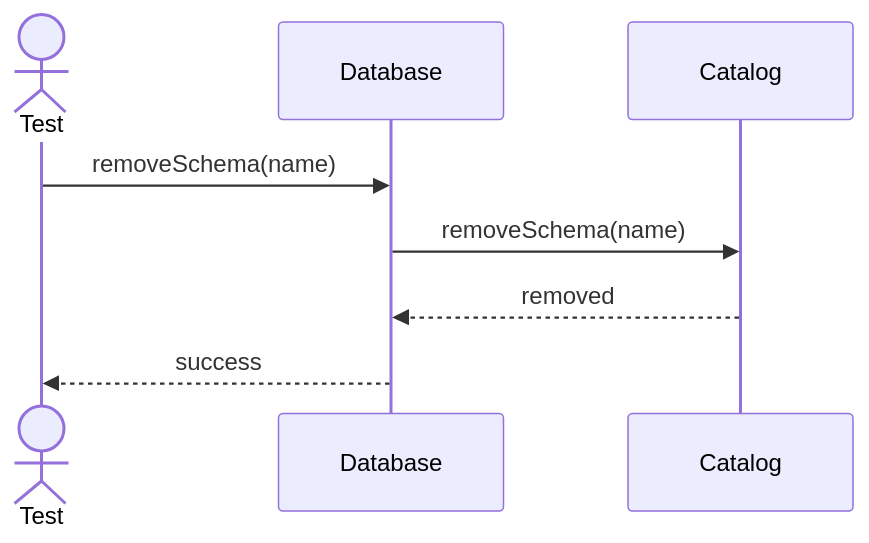
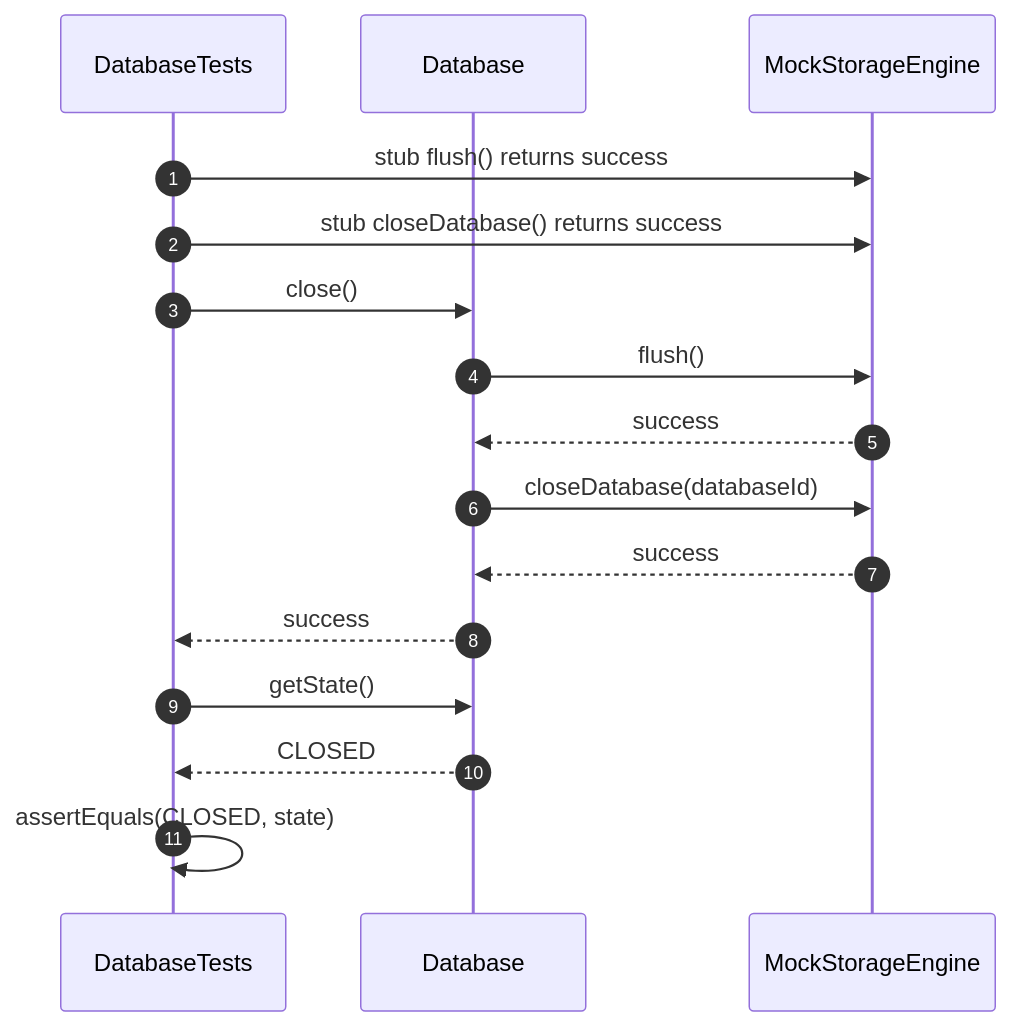
One commit to FhuAnn/-bbv-AN-s-DBMS changed the fifth of 25 diagrams in src/tests/unit/database/sequences/database-testing.se.md. Above: the diagram before and after it, drawn with Mermaid. The commit also changed other lines of this file and 28 other files, not shown here.

Commit message:
edit db sequence, dbtest

````diff
--- a/src/tests/unit/database/sequences/database-testing.se.md
+++ b/src/tests/unit/database/sequences/database-testing.se.md
@@ -75,11 +106,25 @@
 ```mermaid
 sequenceDiagram
-actor Test
-participant Database
-participant Catalog
+    autonumber
 
-Test->>Database: removeSchema(name)
-Database->>Catalog: removeSchema(name)
-Catalog-->>Database: removed
-Database-->>Test: success
+    participant Test as DatabaseTests
+    participant Database
+    participant Storage as MockStorageEngine
+
+    Test->>Storage: stub flush() returns success
+    Test->>Storage: stub closeDatabase() returns success
+    Test->>Database: close()
+
+    Database->>Storage: flush()
+    Storage-->>Database: success
+
+    Database->>Storage: closeDatabase(databaseId)
+    Storage-->>Database: success
+
+    Database-->>Test: success
+
+    Test->>Database: getState()
+    Database-->>Test: CLOSED
+
+    Test->>Test: assertEquals(CLOSED, state)
 ```
````
